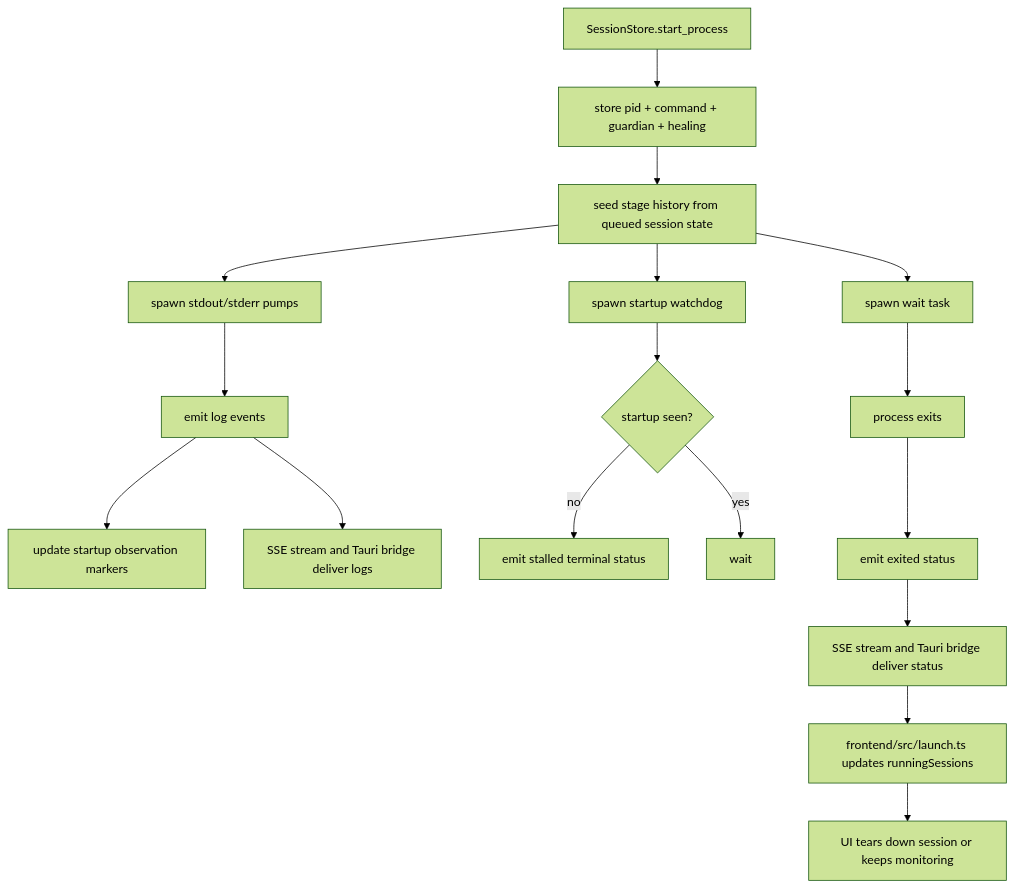
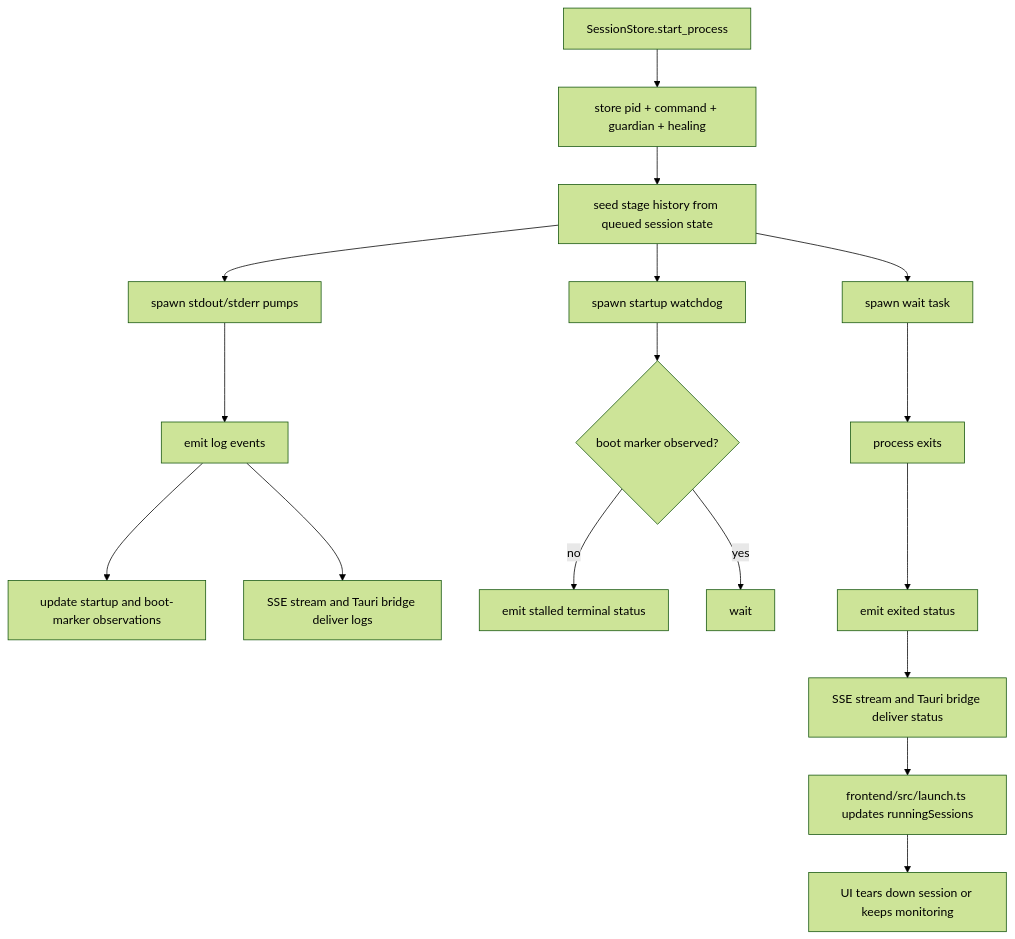
One commit to mateoltd/croopor changed the fourth of 9 diagrams in docs/ARCHITECTURE.md. Above: the diagram before and after it, drawn with Mermaid (forest theme). The commit also changed other lines of this file and 281 other files, not shown here.

````diff
--- a/docs/ARCHITECTURE.md
+++ b/docs/ARCHITECTURE.md
@@ -178,19 +181,19 @@
 ```mermaid
 flowchart TD
     A[SessionStore.start_process] --> B[store pid + command + guardian + healing]
     B --> C[seed stage history from queued session state]
     C --> D[spawn stdout/stderr pumps]
     C --> E[spawn startup watchdog]
     C --> F[spawn wait task]
     D --> G[emit log events]
-    G --> H[update startup observation markers]
-    E --> I{startup seen?}
+    G --> H[update startup and boot-marker observations]
+    E --> I{boot marker observed?}
     I -->|no| J[emit stalled terminal status]
     I -->|yes| K[wait]
     F --> L[process exits]
     L --> M[emit exited status]
     G --> N[SSE stream and Tauri bridge deliver logs]
     M --> O[SSE stream and Tauri bridge deliver status]
     O --> P[frontend/src/launch.ts updates runningSessions]
     P --> Q[UI tears down session or keeps monitoring]
 ```
````
